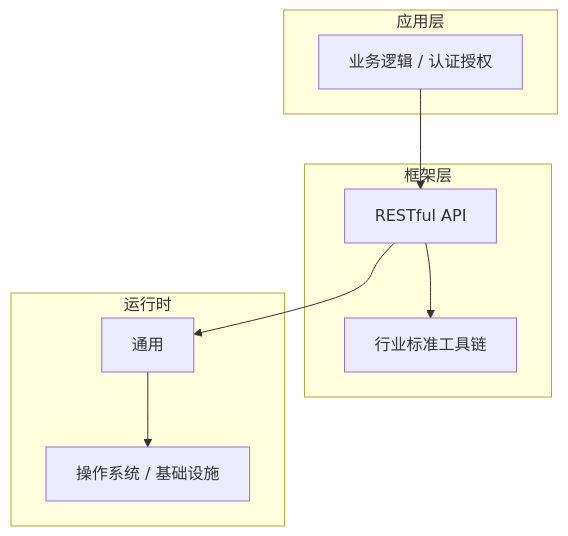
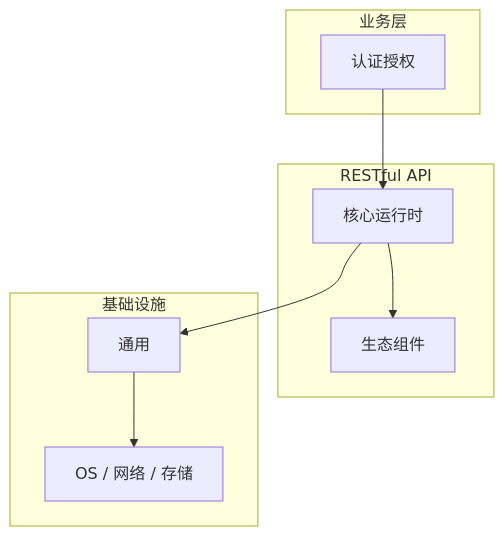
One commit to yanggan2015/knowledge-json-v2 changed the diagram in articles/RESTful API/chapters/043-认证授权核心概念与原理.md. Above: the diagram before and after it, drawn with Mermaid. The commit also changed other lines of this file and 10127 other files, not shown here.

````diff
--- a/articles/RESTful API/chapters/043-认证授权核心概念与原理.md
+++ b/articles/RESTful API/chapters/043-认证授权核心概念与原理.md
@@ -45,18 +34,18 @@
 ```mermaid
 graph TB
-    subgraph 应用层
-        A[业务逻辑 / 认证授权]
+    subgraph 业务层
+        A[认证授权]
     end
-    subgraph 框架层
-        B[RESTful API]
-        C[行业标准工具链]
+    subgraph RESTful API
+        B[核心运行时]
+        C[生态组件]
     end
-    subgraph 运行时
+    subgraph 基础设施
         D[通用]
-        E[操作系统 / 基础设施]
+        E[OS / 网络 / 存储]
     end
     A --> B
     B --> C
     B --> D
     D --> E
 ```
````
